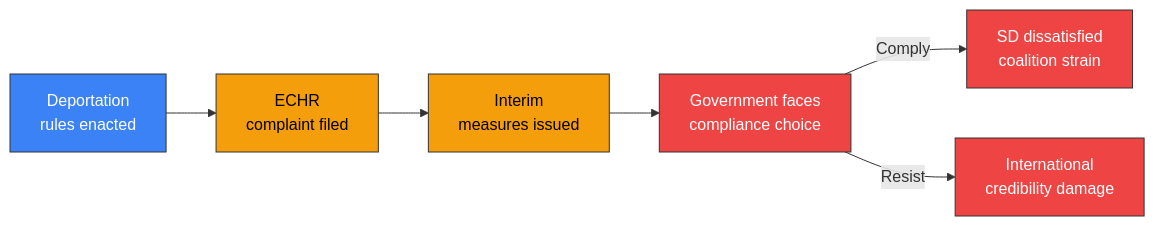
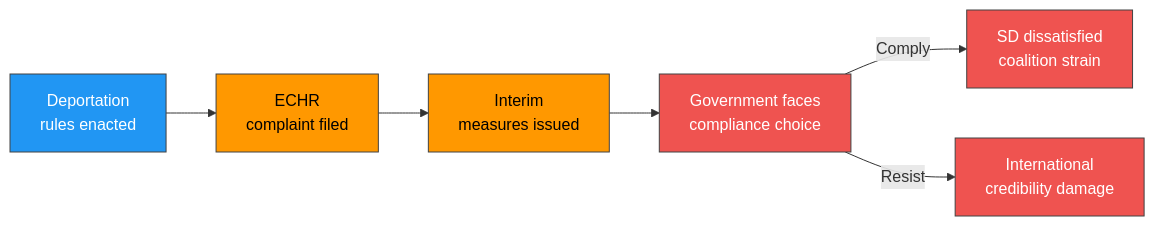
The second of 2 diagrams in analysis/daily/2026-04-01/propositions/risk-assessment.md (Hack23/riksdagsmonitor), drawn with Mermaid before and after one commit. The commit also changed other lines of this file and 785 other files, not shown here.

First line of the commit message:
Normalize mermaid colors across 786 analysis artifacts to ISMS Style Guide palette

````diff
--- a/analysis/daily/2026-04-01/propositions/risk-assessment.md
+++ b/analysis/daily/2026-04-01/propositions/risk-assessment.md
@@ -43,15 +43,15 @@
 ```mermaid
 graph LR
     A["Deportation<br/>rules enacted"] --> B["ECHR<br/>complaint filed"]
     B --> C["Interim<br/>measures issued"]
     C --> D["Government faces<br/>compliance choice"]
     D -->|"Comply"| E["SD dissatisfied<br/>coalition strain"]
     D -->|"Resist"| F["International<br/>credibility damage"]
     
-    style A fill:#3b82f6,stroke:#333,color:#fff
-    style B fill:#f59e0b,stroke:#333,color:#000
-    style C fill:#f59e0b,stroke:#333,color:#000
-    style D fill:#ef4444,stroke:#333,color:#fff
-    style E fill:#ef4444,stroke:#333,color:#fff
-    style F fill:#ef4444,stroke:#333,color:#fff
+    style A fill:#2196F3,stroke:#424242,color:#FFFFFF
+    style B fill:#FF9800,stroke:#424242,color:#000000
+    style C fill:#FF9800,stroke:#424242,color:#000000
+    style D fill:#EF5350,stroke:#424242,color:#FFFFFF
+    style E fill:#EF5350,stroke:#424242,color:#FFFFFF
+    style F fill:#EF5350,stroke:#424242,color:#FFFFFF
 ```
````
